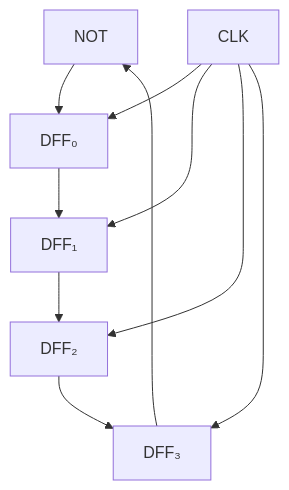
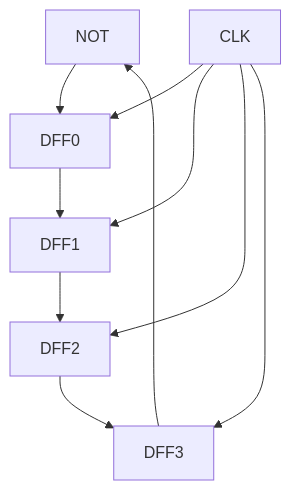
The fourth of 4 diagrams in docs/courses/digital-logic/08-registers-counters.md (Raushan666java/ai-engineering-journey), drawn with Mermaid before and after one commit. The commit also changed other lines of this file and 790 other files, not shown here.

Commit message:
Sync all course diagram renders and content updates

````diff
--- a/docs/courses/digital-logic/08-registers-counters.md
+++ b/docs/courses/digital-logic/08-registers-counters.md
@@ -416,12 +416,12 @@
 ```mermaid
 graph TD
-    INV[NOT] --> FF0[DFF₀]
-    FF0 --> FF1[DFF₁]
-    FF1 --> FF2[DFF₂]
-    FF2 --> FF3[DFF₃]
+    INV[NOT] --> FF0[DFF0]
+    FF0 --> FF1[DFF1]
+    FF1 --> FF2[DFF2]
+    FF2 --> FF3[DFF3]
     FF3 --> INV
     CLK --> FF0
     CLK --> FF1
     CLK --> FF2
     CLK --> FF3
 ```
````
